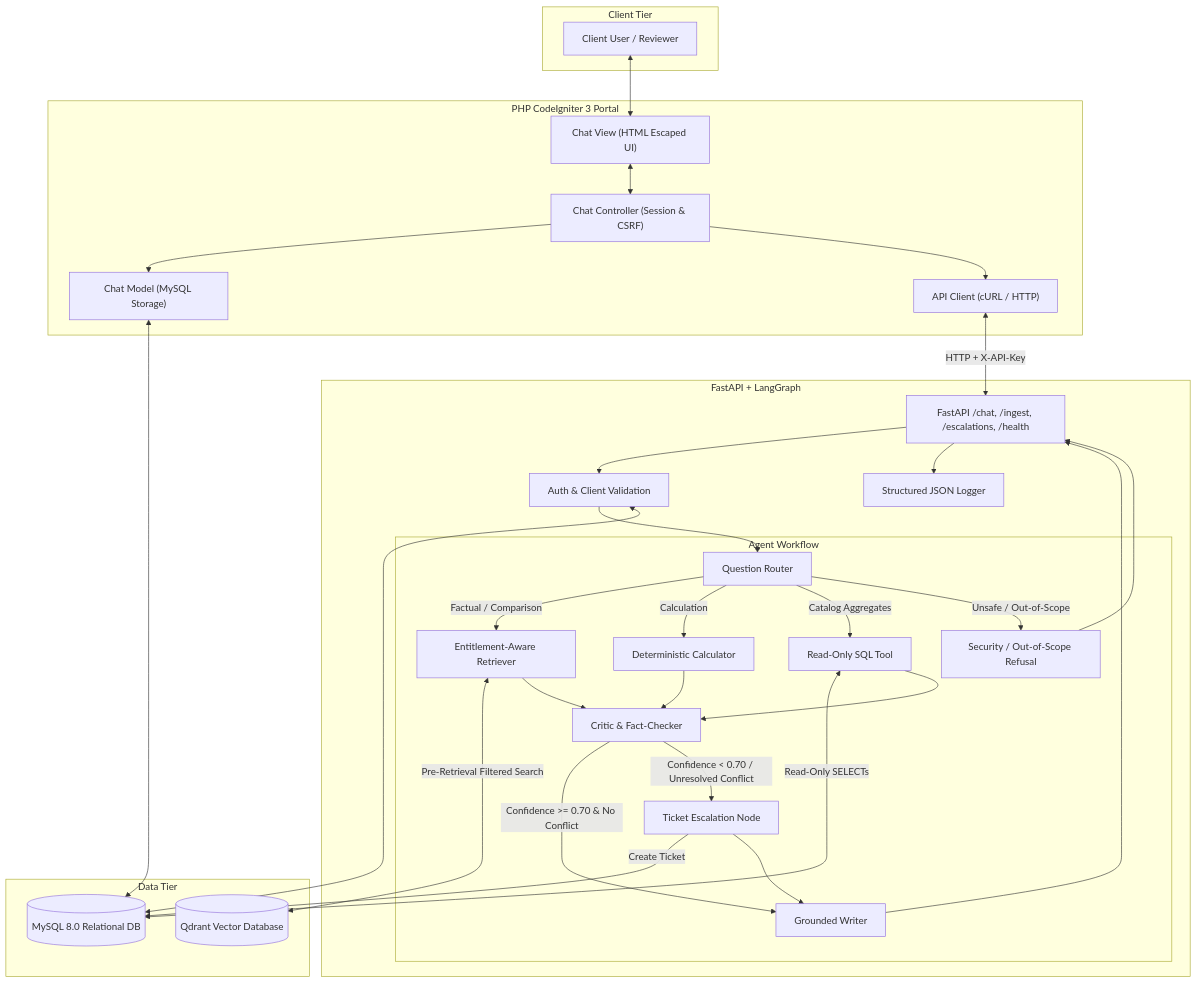
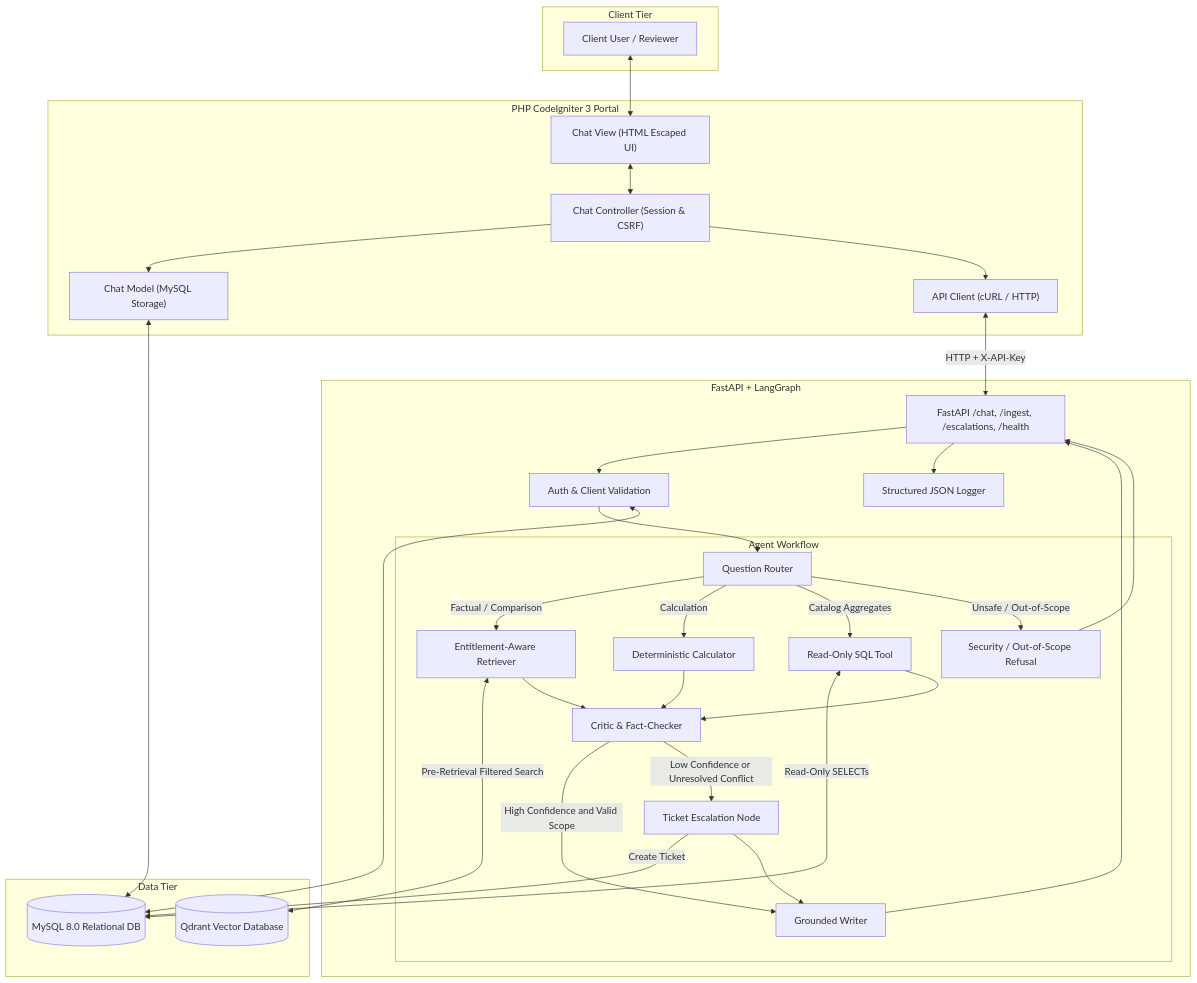
One commit to Mandeepkumarsaw/Project-Atlas changed the diagram in docs/architecture.md. Above: the diagram before and after it, drawn with Mermaid. The commit also changed 2 other files, not shown here.

Commit message:
docs: fix Mermaid flowchart syntax error in Project Description and docs

````diff
--- a/docs/architecture.md
+++ b/docs/architecture.md
@@ -16,68 +16,68 @@
 ```mermaid
 flowchart TD
     subgraph Client Tier
         User["Client User / Reviewer"]
     end
 
     subgraph Presentation Tier [PHP CodeIgniter 3 Portal]
         CI_Controller["Chat Controller (Session & CSRF)"]
         CI_View["Chat View (HTML Escaped UI)"]
         CI_Model["Chat Model (MySQL Storage)"]
         CI_Lib["API Client (cURL / HTTP)"]
     end
 
     subgraph Service Tier [FastAPI + LangGraph]
         API_Route["FastAPI /chat, /ingest, /escalations, /health"]
         Auth_Guard["Auth & Client Validation"]
         
         subgraph Agent Workflow
             Router["Question Router"]
             Retriever["Entitlement-Aware Retriever"]
             Calc["Deterministic Calculator"]
             SQL_Tool["Read-Only SQL Tool"]
             Refusal["Security / Out-of-Scope Refusal"]
             Critic["Critic & Fact-Checker"]
             Writer["Grounded Writer"]
             Escalation["Ticket Escalation Node"]
         end
         
         Logger["Structured JSON Logger"]
     end
 
     subgraph Data Tier
         MySQL[("MySQL 8.0 Relational DB")]
         Qdrant[("Qdrant Vector Database")]
     end
 
     User <--> CI_View
     CI_View <--> CI_Controller
     CI_Controller --> CI_Model
     CI_Controller --> CI_Lib
     CI_Model <--> MySQL
     CI_Lib <-->|HTTP + X-API-Key| API_Route
 
     API_Route --> Auth_Guard
     Auth_Guard --> Router
     Auth_Guard <--> MySQL
     
     Router -->|Factual / Comparison| Retriever
     Router -->|Calculation| Calc
     Router -->|Catalog Aggregates| SQL_Tool
     Router -->|Unsafe / Out-of-Scope| Refusal
 
     Retriever <-->|Pre-Retrieval Filtered Search| Qdrant
     SQL_Tool <-->|Read-Only SELECTs| MySQL
 
     Retriever --> Critic
     Calc --> Critic
     SQL_Tool --> Critic
 
-    Critic -->|Confidence >= 0.70 & No Conflict| Writer
-    Critic -->|Confidence < 0.70 / Unresolved Conflict| Escalation
+    Critic -->|High Confidence and Valid Scope| Writer
+    Critic -->|Low Confidence or Unresolved Conflict| Escalation
 
     Escalation -->|Create Ticket| MySQL
     Escalation --> Writer
     Writer --> API_Route
     Refusal --> API_Route
     API_Route --> Logger
 ```
````
